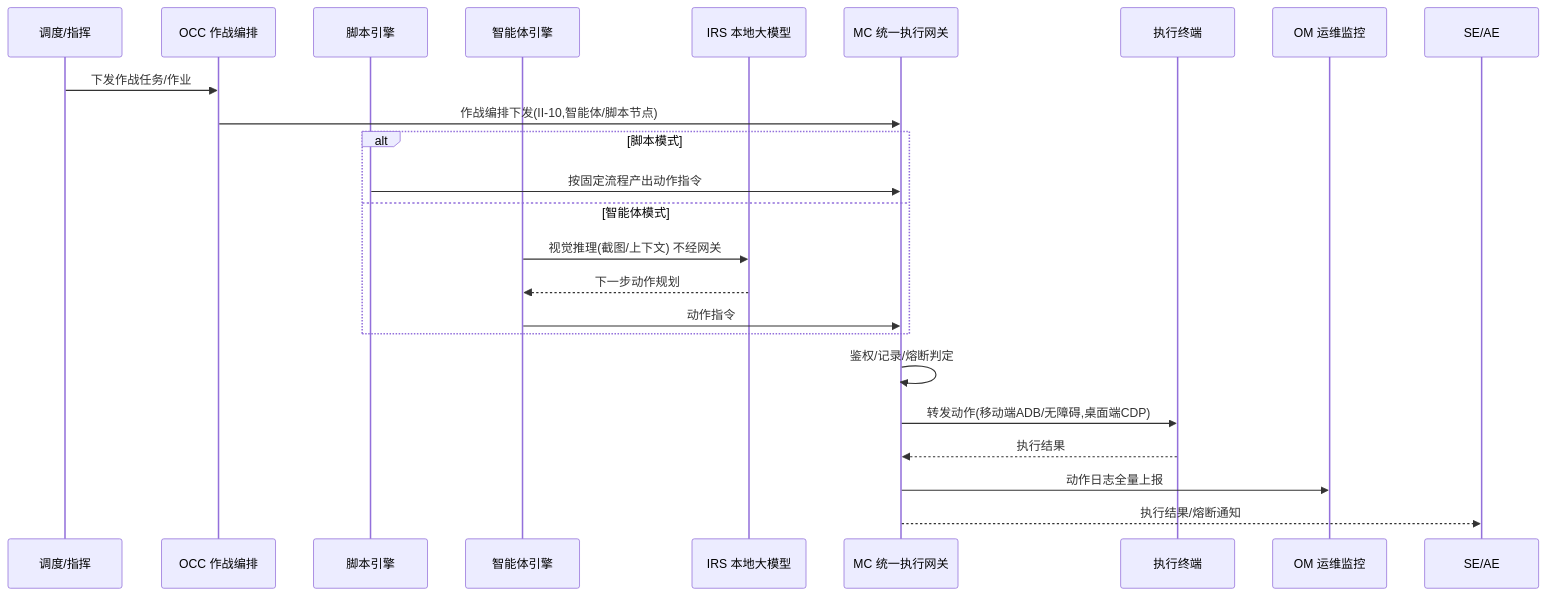
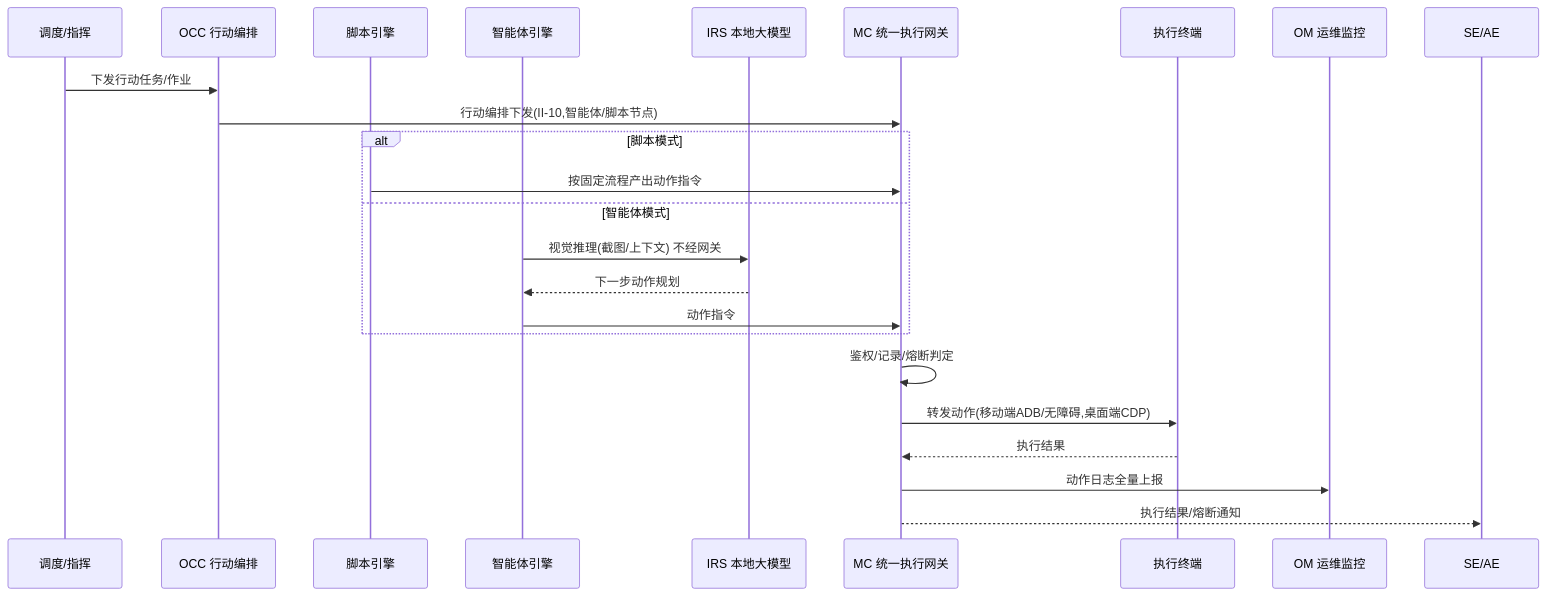
One commit to Sj-g/obsidian changed the eighth of 14 diagrams in 公司项目/认知作战/文档/软件概要设计说明.md. Above: the diagram before and after it, drawn with Mermaid. The commit also changed other lines of this file and 10 other files, not shown here.

````diff
--- a/公司项目/认知作战/文档/软件概要设计说明.md
+++ b/公司项目/认知作战/文档/软件概要设计说明.md
@@ -253,26 +253,26 @@
 ```mermaid
 sequenceDiagram
     participant U as 调度/指挥
-    participant OCC as OCC 作战编排
+    participant OCC as OCC 行动编排
     participant SE as 脚本引擎
     participant AE as 智能体引擎
     participant IRS as IRS 本地大模型
     participant GW as MC 统一执行网关
     participant DEV as 执行终端
     participant OM as OM 运维监控
 
-    U->>OCC: 下发作战任务/作业
-    OCC->>GW: 作战编排下发(II-10,智能体/脚本节点)
+    U->>OCC: 下发行动任务/作业
+    OCC->>GW: 行动编排下发(II-10,智能体/脚本节点)
     alt 脚本模式
         SE->>GW: 按固定流程产出动作指令
     else 智能体模式
         AE->>IRS: 视觉推理(截图/上下文) 不经网关
         IRS-->>AE: 下一步动作规划
         AE->>GW: 动作指令
     end
     GW->>GW: 鉴权/记录/熔断判定
     GW->>DEV: 转发动作(移动端ADB/无障碍,桌面端CDP)
     DEV-->>GW: 执行结果
     GW->>OM: 动作日志全量上报
     GW-->>SE/AE: 执行结果/熔断通知
 ```
````
